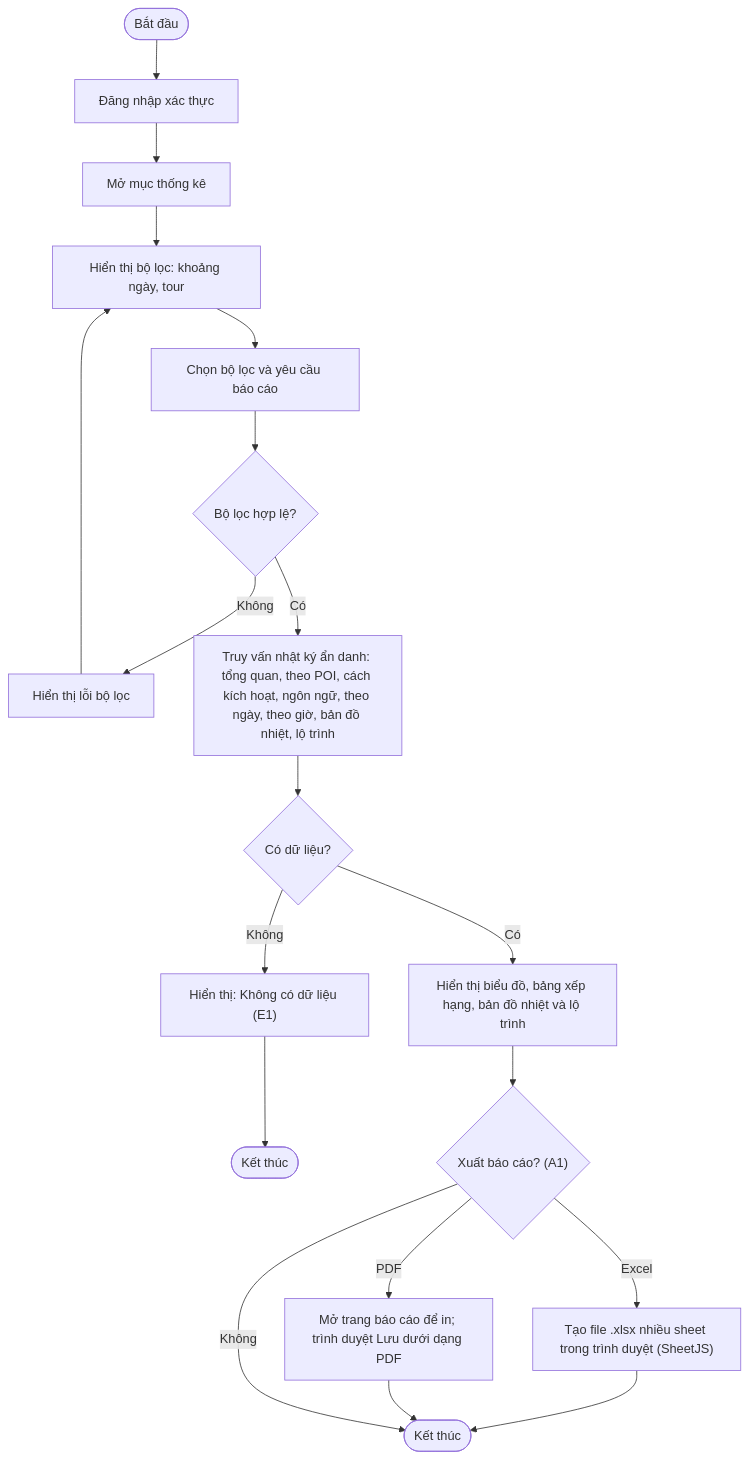
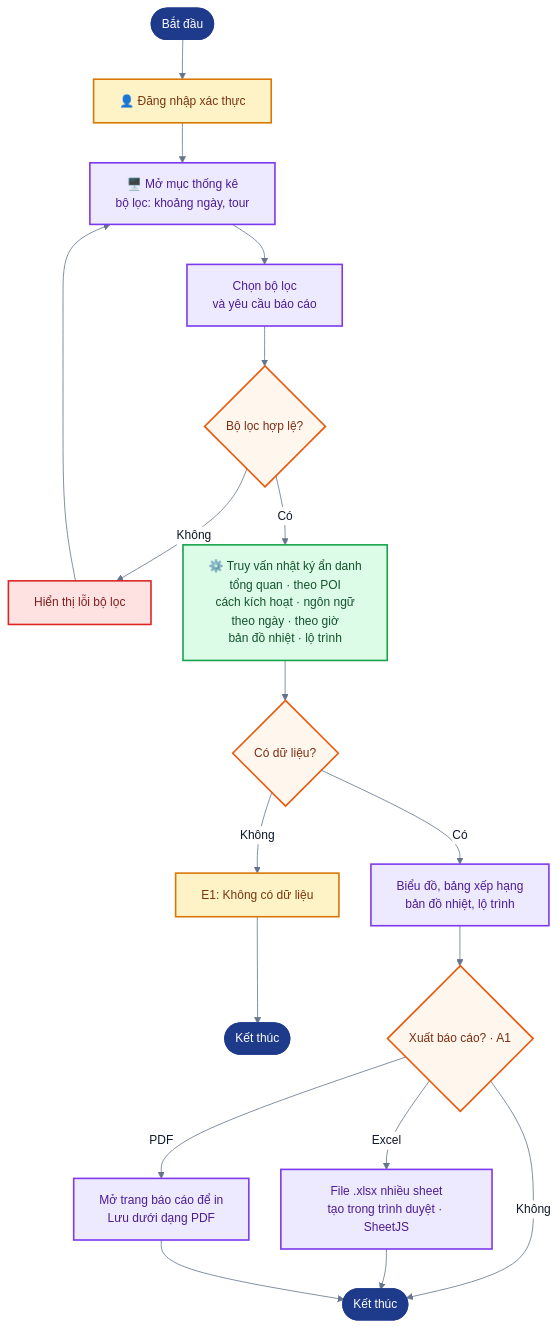
Before and after one commit to AiraLeFatale/CongNghePhanMem_Project: diagram 16 of 28 in docs/02-design.md, drawn with Mermaid. The commit also changed other lines of this file and 181 other files, not shown here.

First line of the commit message:
Thêm sơ đồ trực quan cho mọi mục tài liệu, thống nhất bộ màu

````diff
--- a/docs/02-design.md
+++ b/docs/02-design.md
@@ -447,15 +668,28 @@
 ```mermaid
+%%{init: {"theme":"base","fontFamily":"Helvetica Neue, Arial, sans-serif","themeVariables":{"fontFamily":"Helvetica Neue, Arial, sans-serif","fontSize":"15px","primaryColor":"#EFF6FF","primaryBorderColor":"#3B82F6","primaryTextColor":"#0F172A","lineColor":"#64748B","secondaryColor":"#F0FDF4","tertiaryColor":"#FFFFFF","clusterBkg":"#F8FAFC","clusterBorder":"#CBD5E1","edgeLabelBackground":"#FFFFFF","noteBkgColor":"#FEF9C3","noteBorderColor":"#EAB308","actorBkg":"#DBEAFE","actorBorder":"#2563EB","actorTextColor":"#1E3A8A","signalColor":"#475569","signalTextColor":"#0F172A","labelBoxBkgColor":"#F1F5F9","labelBoxBorderColor":"#94A3B8","activationBkgColor":"#E0F2FE","activationBorderColor":"#0284C7","sequenceNumberColor":"#FFFFFF","pie1":"#16A34A","pie2":"#F59E0B","pie3":"#94A3B8","pie4":"#DC2626","pie5":"#2563EB","pie6":"#7C3AED","pieStrokeColor":"#FFFFFF","pieSectionTextColor":"#FFFFFF","quadrant1Fill":"#FEE2E2","quadrant2Fill":"#FEF3C7","quadrant3Fill":"#DCFCE7","quadrant4Fill":"#FEF3C7","quadrantPointFill":"#1E3A8A","quadrantPointTextFill":"#0F172A","git0":"#1E3A8A","gitBranchLabel0":"#FFFFFF","cScale0":"#DBEAFE","cScale1":"#DCFCE7","cScale2":"#EDE9FE","cScale3":"#FEF3C7","cScale4":"#FFE4E6","cScale5":"#E0F2FE","cScale6":"#F1F5F9"},"flowchart":{"curve":"basis","padding":16,"nodeSpacing":40,"rankSpacing":50},"sequence":{"showSequenceNumbers":true,"mirrorActors":false}}}%%
 flowchart TD
-    S(["Bắt đầu"]) --> LG["Đăng nhập xác thực"] --> M["Mở mục thống kê"] --> F["Hiển thị bộ lọc: khoảng ngày, tour"]
-    F --> Q["Chọn bộ lọc và yêu cầu báo cáo"]
-    Q --> V{"Bộ lọc hợp lệ?"}
-    V -- "Không" --> FE["Hiển thị lỗi bộ lọc"] --> F
-    V -- "Có" --> C["Truy vấn nhật ký ẩn danh: tổng quan, theo POI, cách kích hoạt, ngôn ngữ, theo ngày, theo giờ, bản đồ nhiệt, lộ trình"]
-    C --> H{"Có dữ liệu?"}
-    H -- "Không" --> ND["Hiển thị: Không có dữ liệu (E1)"] --> E1(["Kết thúc"])
-    H -- "Có" --> R["Hiển thị biểu đồ, bảng xếp hạng, bản đồ nhiệt và lộ trình"]
-    R --> X{"Xuất báo cáo? (A1)"}
-    X -- "Excel" --> XL["Tạo file .xlsx nhiều sheet trong trình duyệt (SheetJS)"] --> E2(["Kết thúc"])
-    X -- "PDF" --> PDF["Mở trang báo cáo để in; trình duyệt Lưu dưới dạng PDF"] --> E2
-    X -- "Không" --> E2
+    S(["Bắt đầu"]):::startend --> LG["👤 Đăng nhập xác thực"]:::actor
+    LG --> F["🖥️ Mở mục thống kê<br/>bộ lọc: khoảng ngày, tour"]:::cms
+    F --> Q["Chọn bộ lọc<br/>và yêu cầu báo cáo"]:::cms
+    Q --> V{"Bộ lọc hợp lệ?"}:::decision
+    V -- "Không" --> FE["Hiển thị lỗi bộ lọc"]:::bad
+    FE --> F
+    V -- "Có" --> C["⚙️ Truy vấn nhật ký ẩn danh<br/>tổng quan · theo POI<br/>cách kích hoạt · ngôn ngữ<br/>theo ngày · theo giờ<br/>bản đồ nhiệt · lộ trình"]:::backend
+    C --> H{"Có dữ liệu?"}:::decision
+    H -- "Không" --> ND["E1: Không có dữ liệu"]:::warn
+    ND --> E1(["Kết thúc"]):::startend
+    H -- "Có" --> R["Biểu đồ, bảng xếp hạng<br/>bản đồ nhiệt, lộ trình"]:::cms
+    R --> X{"Xuất báo cáo? · A1"}:::decision
+    X -- "Excel" --> XL["File .xlsx nhiều sheet<br/>tạo trong trình duyệt · SheetJS"]:::cms
+    X -- "PDF" --> PDF["Mở trang báo cáo để in<br/>Lưu dưới dạng PDF"]:::cms
+    X -- "Không" --> E2(["Kết thúc"]):::startend
+    XL --> E2
+    PDF --> E2
+    classDef actor fill:#FEF3C7,stroke:#D97706,stroke-width:2px,color:#78350F
+    classDef cms fill:#EDE9FE,stroke:#7C3AED,stroke-width:2px,color:#4C1D95
+    classDef backend fill:#DCFCE7,stroke:#16A34A,stroke-width:2px,color:#14532D
+    classDef decision fill:#FFF7ED,stroke:#EA580C,stroke-width:2px,color:#7C2D12
+    classDef startend fill:#1E3A8A,stroke:#1E3A8A,stroke-width:2px,color:#FFFFFF
+    classDef warn fill:#FEF3C7,stroke:#D97706,stroke-width:2px,color:#78350F
+    classDef bad fill:#FEE2E2,stroke:#DC2626,stroke-width:2px,color:#7F1D1D
 ```
````
